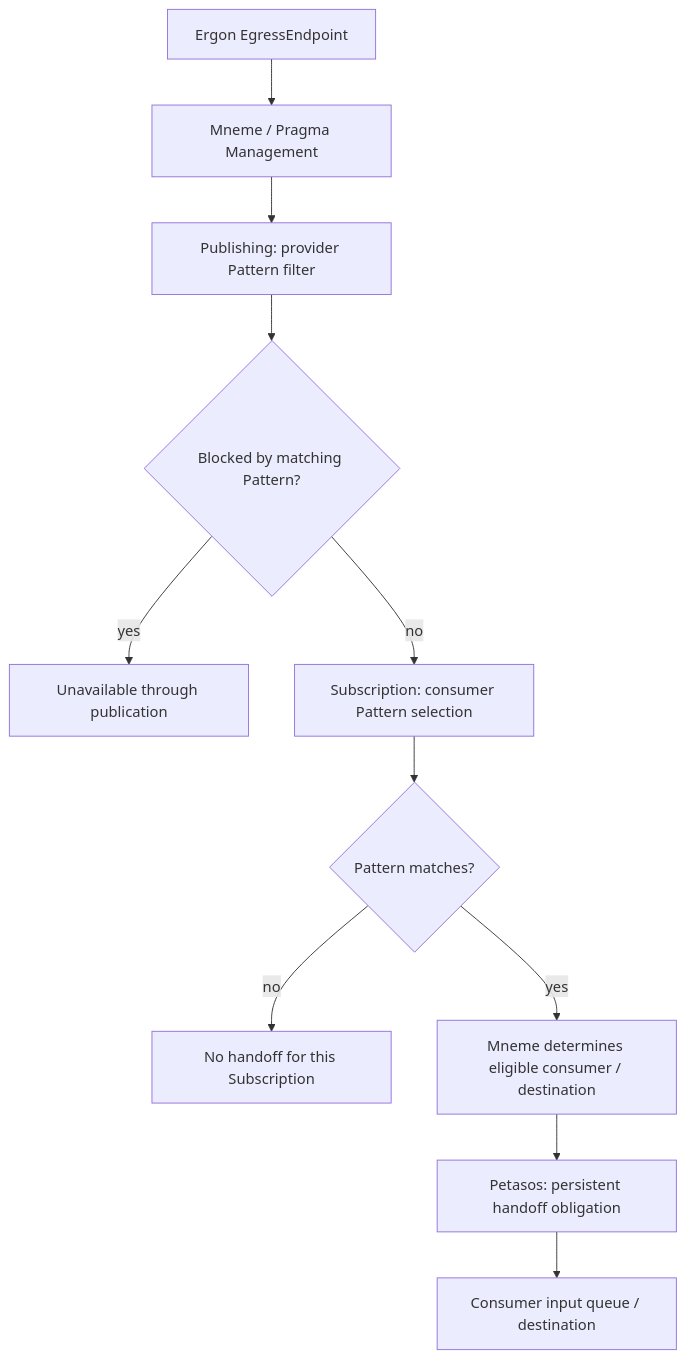
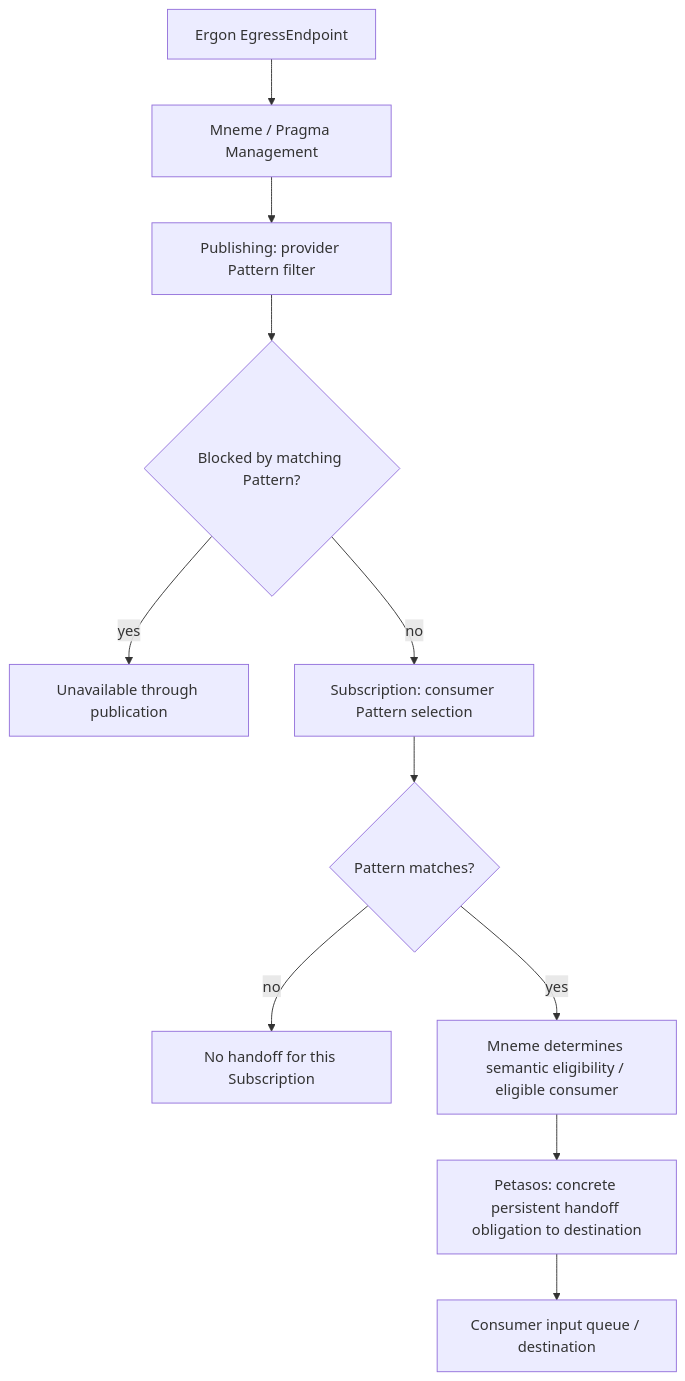
Before and after one commit to fhirfactory/harmonia: the first of 2 diagrams in docs/markdown/05-information-systems-architecture/pathways-journeys-and-handoff.md, drawn with Mermaid. The commit also changed other lines of this file and 16 other files, not shown here.

Commit message:
Harmonia Documentation - Domain 05 - Step 1 Candidate Solution Architecture Capture (IV)

````diff
--- a/docs/markdown/05-information-systems-architecture/pathways-journeys-and-handoff.md
+++ b/docs/markdown/05-information-systems-architecture/pathways-journeys-and-handoff.md
@@ -71,13 +109,13 @@
 ```mermaid
 flowchart TD
     E["Ergon EgressEndpoint"] --> PM["Mneme / Pragma Management"]
     PM --> P["Publishing: provider Pattern filter"]
     P --> B{"Blocked by matching Pattern?"}
     B -->|yes| X["Unavailable through publication"]
     B -->|no| S["Subscription: consumer Pattern selection"]
     S --> M{"Pattern matches?"}
     M -->|no| N["No handoff for this Subscription"]
-    M -->|yes| D["Mneme determines eligible consumer / destination"]
-    D --> H["Petasos: persistent handoff obligation"]
+    M -->|yes| D["Mneme determines semantic eligibility / eligible consumer"]
+    D --> H["Petasos: concrete persistent handoff obligation to destination"]
     H --> Q["Consumer input queue / destination"]
 ```
````
